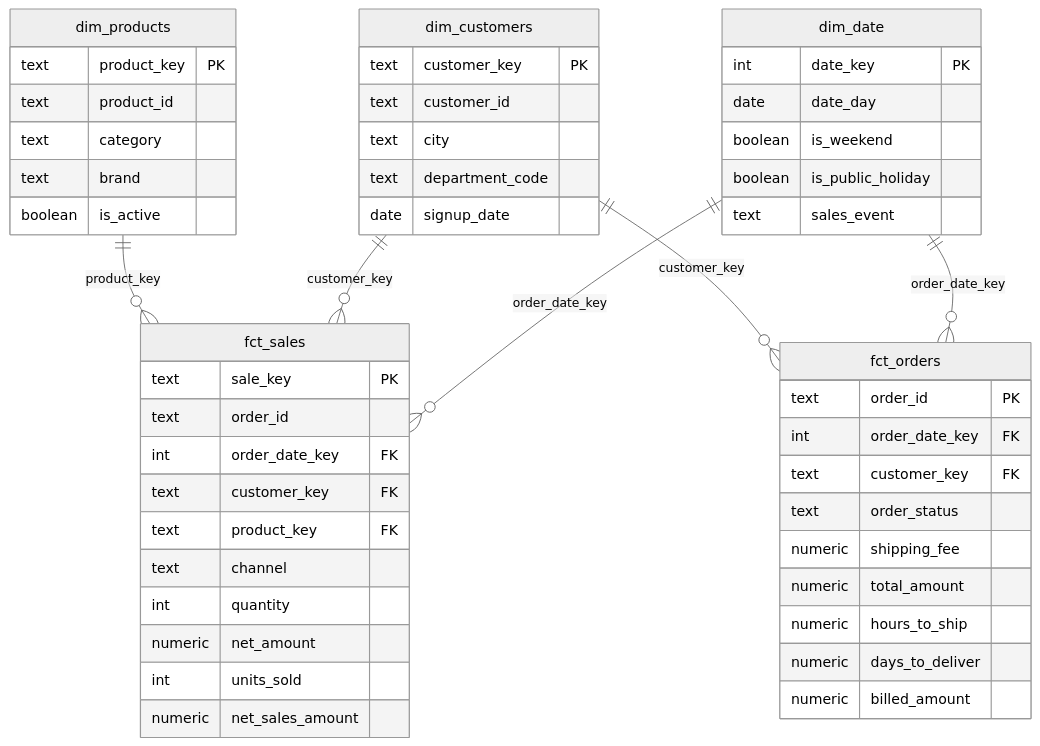
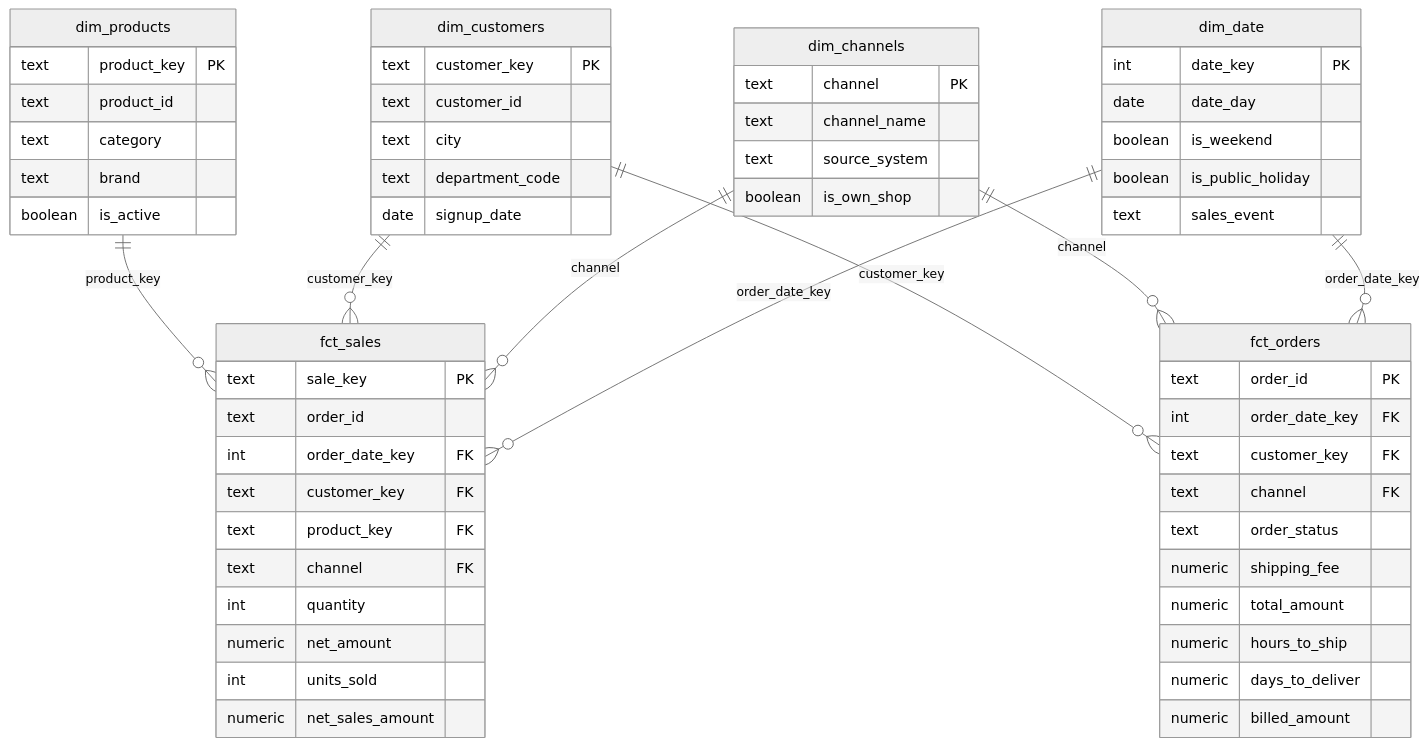
One commit to Oussama-essalehi/ecommerce-data-platform changed the second of 3 diagrams in README.md. Above: the diagram before and after it, drawn with Mermaid (neutral theme). The commit also changed other lines of this file and 16 other files, not shown here.

````diff
--- a/README.md
+++ b/README.md
@@ -363,53 +380,62 @@
 ```mermaid
 erDiagram
     dim_date ||--o{ fct_sales : "order_date_key"
+    dim_channels ||--o{ fct_sales : "channel"
     dim_customers ||--o{ fct_sales : "customer_key"
     dim_products ||--o{ fct_sales : "product_key"
     dim_date ||--o{ fct_orders : "order_date_key"
+    dim_channels ||--o{ fct_orders : "channel"
     dim_customers ||--o{ fct_orders : "customer_key"
 
     fct_sales {
         text sale_key PK
         text order_id
         int order_date_key FK
         text customer_key FK
         text product_key FK
-        text channel
+        text channel FK
         int quantity
         numeric net_amount
         int units_sold
         numeric net_sales_amount
     }
     fct_orders {
         text order_id PK
         int order_date_key FK
         text customer_key FK
+        text channel FK
         text order_status
         numeric shipping_fee
         numeric total_amount
         numeric hours_to_ship
         numeric days_to_deliver
         numeric billed_amount
     }
     dim_date {
         int date_key PK
         date date_day
         boolean is_weekend
         boolean is_public_holiday
         text sales_event
+    }
+    dim_channels {
+        text channel PK
+        text channel_name
+        text source_system
+        boolean is_own_shop
     }
     dim_customers {
         text customer_key PK
         text customer_id
         text city
         text department_code
         date signup_date
     }
     dim_products {
         text product_key PK
         text product_id
         text category
         text brand
         boolean is_active
     }
 ```
````
